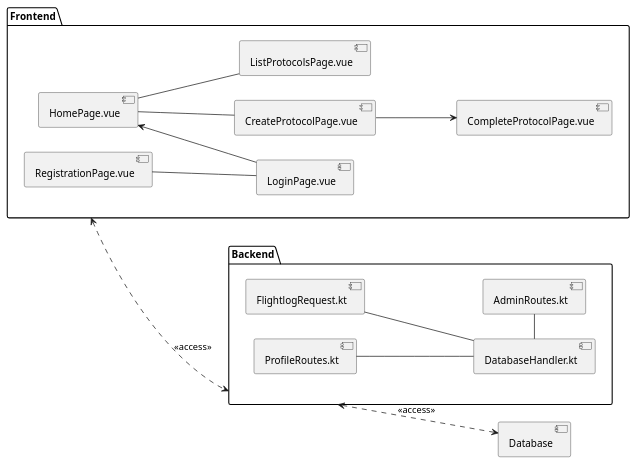
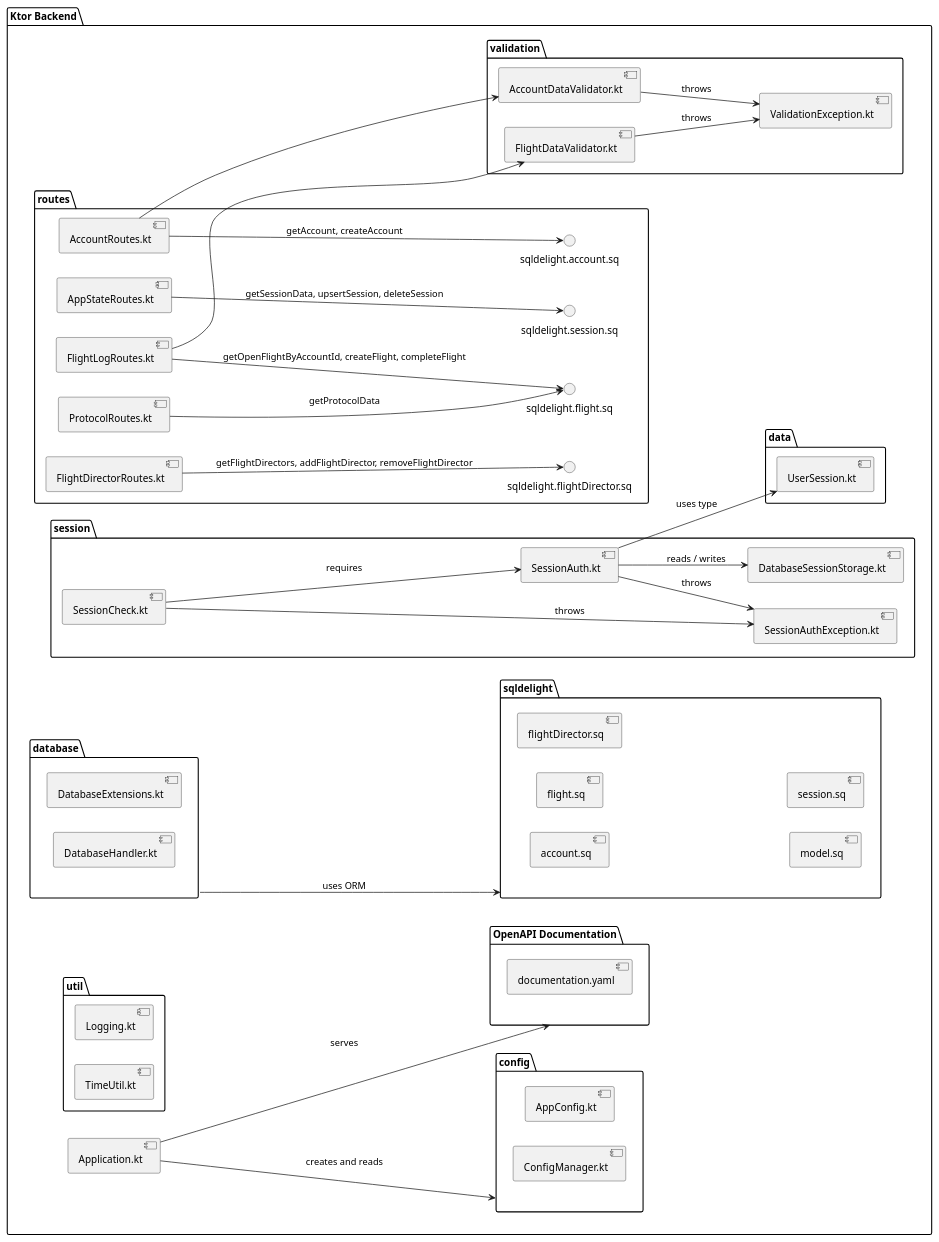
Before and after one commit to jakobkmar/E09-modellflug-logbuch: the diagram in docs/architecture/resources/package_diagram.puml, drawn with PlantUML. The commit also changed 5 other files, not shown here.

Commit message:
Begin working on architecture notebook and dev docs

```diff
--- a/docs/architecture/resources/package_diagram.puml
+++ b/docs/architecture/resources/package_diagram.puml
@@ -1,19 +1,72 @@
 @startuml
+
 left to right direction
-    package "Frontend" {
-        [RegistrationPage.vue] -d- [LoginPage.vue]
-        [LoginPage.vue] -u-> [HomePage.vue]
-        [HomePage.vue] -d- [CreateProtocolPage.vue]
-        [CreateProtocolPage.vue] -d-> [CompleteProtocolPage.vue]
-        [HomePage.vue] -d- [ListProtocolsPage.vue]
+
+package "Ktor Backend" {
+    [Application.kt]
+
+    package config {
+      [AppConfig.kt]
+      [ConfigManager.kt]
     }
-    Frontend <..> Backend: <<access>>
 
-    package "Backend" {
-        [FlightlogRequest.kt] -d- [DatabaseHandler.kt]
-        [ProfileRoutes.kt] -d- [DatabaseHandler.kt]
-        [AdminRoutes.kt] -l- [DatabaseHandler.kt]
-        [DatabaseHandler.kt]
+    package data {
+      [UserSession.kt]
     }
-    [Database] <.u.> Backend: <<access>>
+
+    package routes {
+      [AccountRoutes.kt] --> sqldelight.account.sq : getAccount, createAccount
+      [AppStateRoutes.kt] --> sqldelight.session.sq : getSessionData, upsertSession, deleteSession
+      [FlightDirectorRoutes.kt] --> sqldelight.flightDirector.sq : getFlightDirectors, addFlightDirector, removeFlightDirector
+      [FlightLogRoutes.kt] --> sqldelight.flight.sq : getOpenFlightByAccountId, createFlight, completeFlight
+      [ProtocolRoutes.kt] --> sqldelight.flight.sq : getProtocolData
+    }
+
+    package validation {
+      [ValidationException.kt]
+      [AccountDataValidator.kt] --> [ValidationException.kt] : "throws"
+      [FlightDataValidator.kt] --> [ValidationException.kt] : "throws"
+    }
+
+    [FlightLogRoutes.kt] --> [FlightDataValidator.kt]
+    [AccountRoutes.kt] --> [AccountDataValidator.kt]
+
+    package session {
+      [DatabaseSessionStorage.kt]
+      [SessionAuth.kt] --> [UserSession.kt] : "uses type"
+      [SessionAuth.kt] --> [DatabaseSessionStorage.kt] : "reads / writes"
+      [SessionAuthException.kt]
+      [SessionCheck.kt] --> [SessionAuth.kt] : "requires"
+      [SessionCheck.kt] --> [SessionAuthException.kt] : "throws"
+      [SessionAuth.kt] --> [SessionAuthException.kt] : "throws"
+    }
+
+    package database {
+      [DatabaseExtensions.kt]
+      [DatabaseHandler.kt]
+    }
+
+    database --> sqldelight : "uses ORM"
+
+    [Application.kt] --> "OpenAPI Documentation" : "serves"
+    [Application.kt] --> config : "creates and reads"
+
+    package util {
+      [Logging.kt]
+      [TimeUtil.kt]
+    }
+}
+
+package "OpenAPI Documentation" {
+  [documentation.yaml]
+}
+
+package sqldelight {
+  [account.sq]
+  [flight.sq]
+  [flightDirector.sq]
+  [model.sq]
+  [session.sq]
+}
+
 @enduml
```
